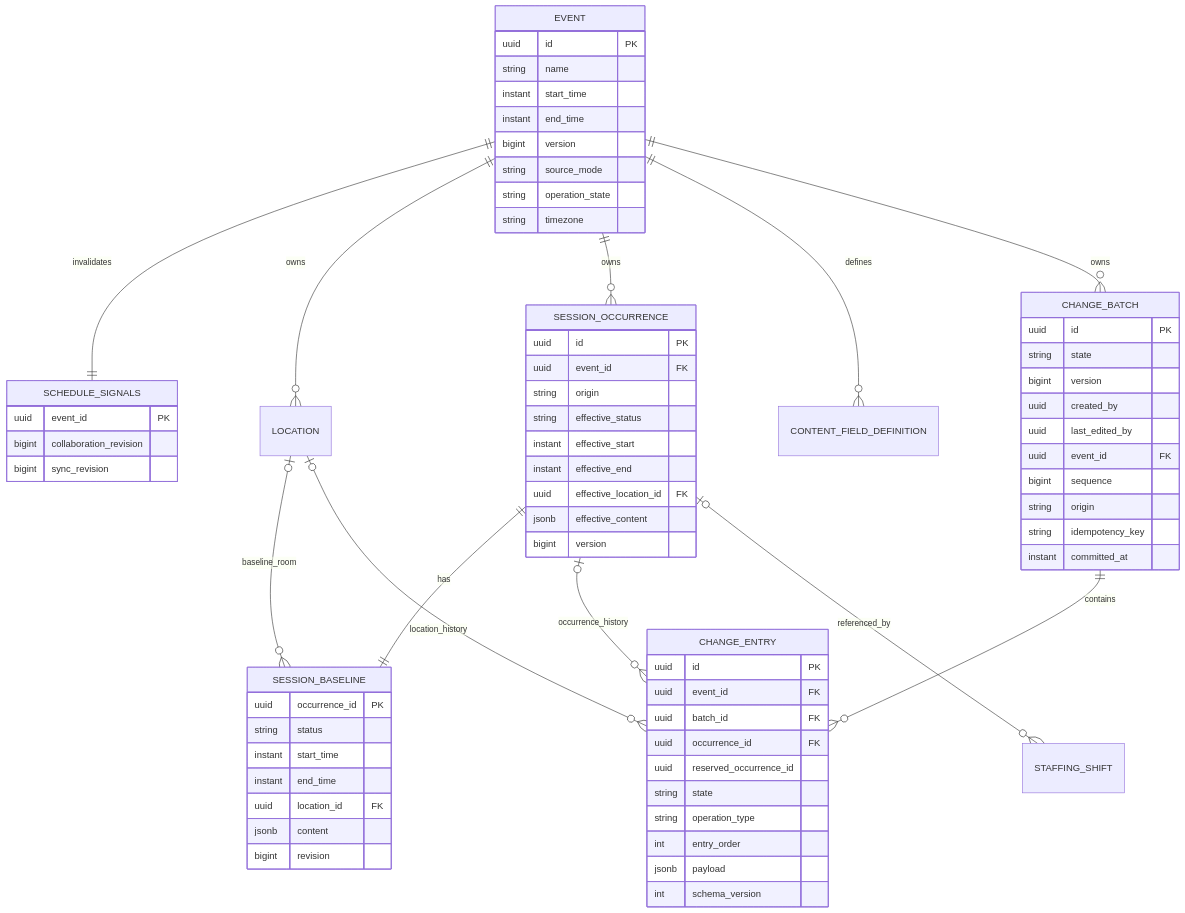
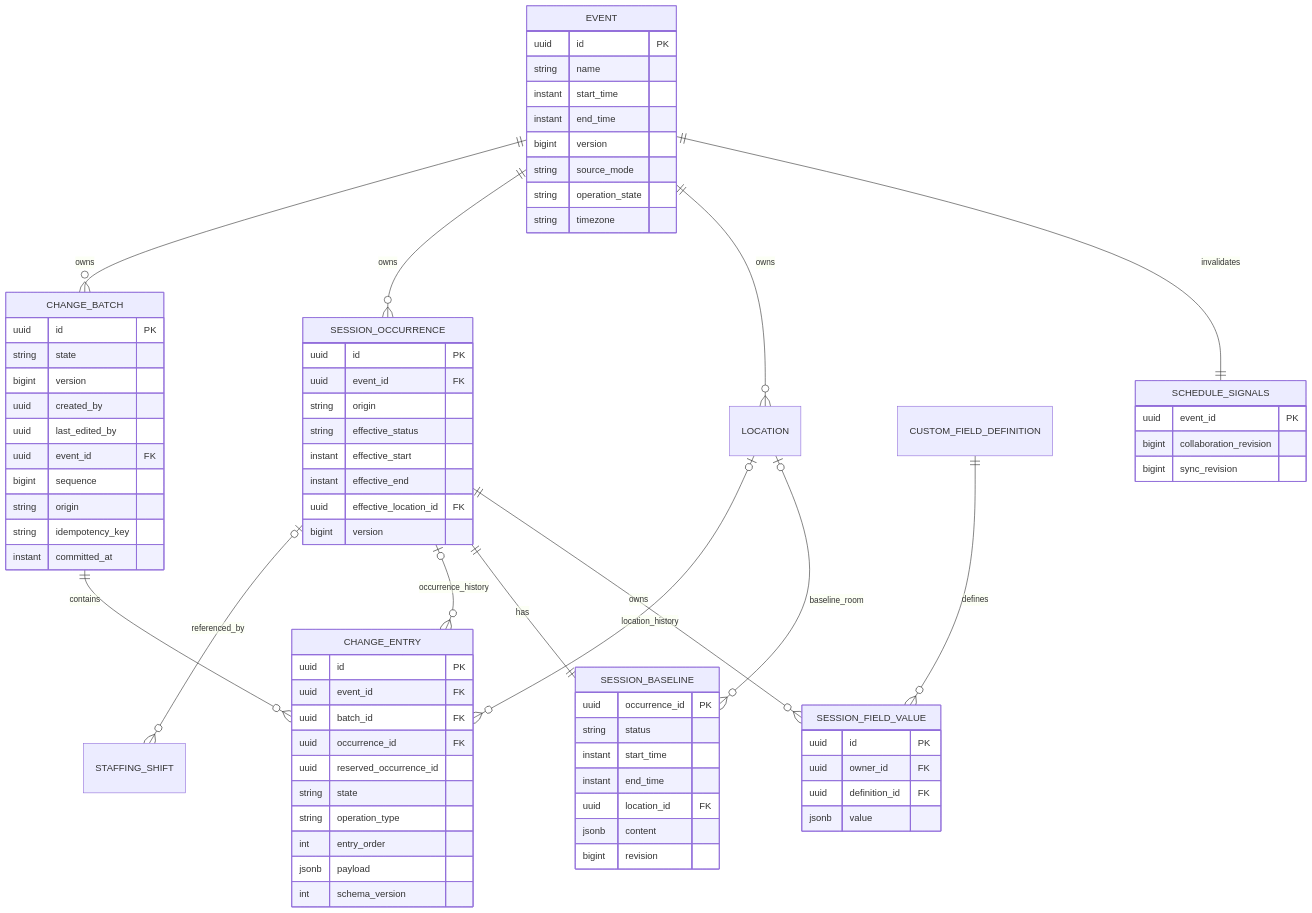
One commit to PatrickZdarsky/ConRunner changed the fourth of 6 diagrams in docs/schedulecontrol-phase1-architecture.md. Above: the diagram before and after it, drawn with Mermaid. The commit also changed other lines of this file and 24 other files, not shown here.

````diff
--- a/docs/schedulecontrol-phase1-architecture.md
+++ b/docs/schedulecontrol-phase1-architecture.md
@@ -185,74 +185,80 @@
 ```mermaid
 erDiagram
     EVENT ||--|| SCHEDULE_SIGNALS : invalidates
     EVENT ||--o{ LOCATION : owns
     EVENT ||--o{ SESSION_OCCURRENCE : owns
-    EVENT ||--o{ CONTENT_FIELD_DEFINITION : defines
+    CUSTOM_FIELD_DEFINITION ||--o{ SESSION_FIELD_VALUE : defines
+    SESSION_OCCURRENCE ||--o{ SESSION_FIELD_VALUE : owns
     EVENT ||--o{ CHANGE_BATCH : owns
     SESSION_OCCURRENCE ||--|| SESSION_BASELINE : has
     LOCATION o|--o{ SESSION_BASELINE : baseline_room
     CHANGE_BATCH ||--o{ CHANGE_ENTRY : contains
     SESSION_OCCURRENCE o|--o{ CHANGE_ENTRY : occurrence_history
     LOCATION o|--o{ CHANGE_ENTRY : location_history
     SESSION_OCCURRENCE o|--o{ STAFFING_SHIFT : referenced_by
 
     EVENT {
         uuid id PK
         string name
         instant start_time
         instant end_time
         bigint version
         string source_mode
         string operation_state
         string timezone
     }
     SCHEDULE_SIGNALS {
         uuid event_id PK
         bigint collaboration_revision
         bigint sync_revision
     }
     SESSION_OCCURRENCE {
         uuid id PK
         uuid event_id FK
         string origin
         string effective_status
         instant effective_start
         instant effective_end
         uuid effective_location_id FK
-        jsonb effective_content
         bigint version
+    }
+    SESSION_FIELD_VALUE {
+        uuid id PK
+        uuid owner_id FK
+        uuid definition_id FK
+        jsonb value
     }
     SESSION_BASELINE {
         uuid occurrence_id PK
         string status
         instant start_time
         instant end_time
         uuid location_id FK
         jsonb content
         bigint revision
     }
     CHANGE_ENTRY {
         uuid id PK
         uuid event_id FK
         uuid batch_id FK
         uuid occurrence_id FK
         uuid reserved_occurrence_id
         string state
         string operation_type
         int entry_order
         jsonb payload
         int schema_version
     }
     CHANGE_BATCH {
         uuid id PK
         string state
         bigint version
         uuid created_by
         uuid last_edited_by
         uuid event_id FK
         bigint sequence
         string origin
         string idempotency_key
         instant committed_at
     }
 ```
````
